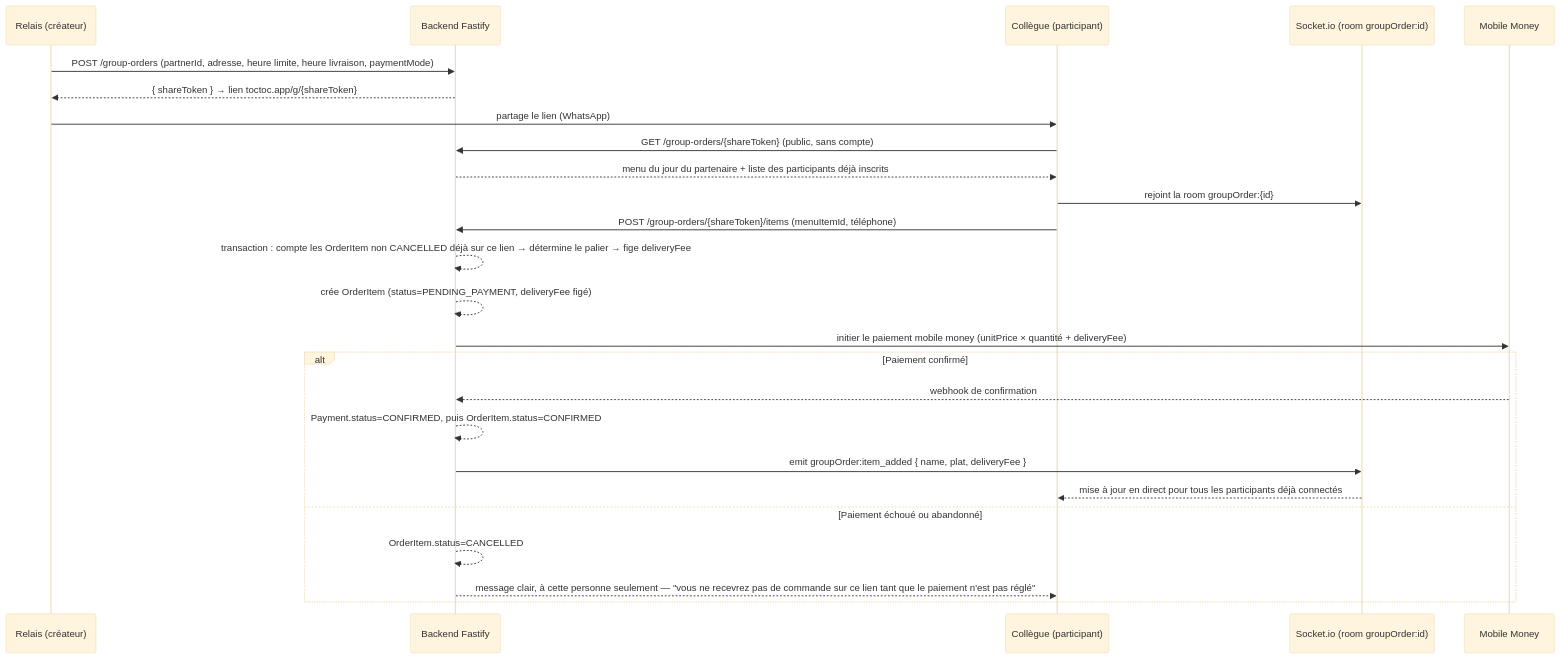
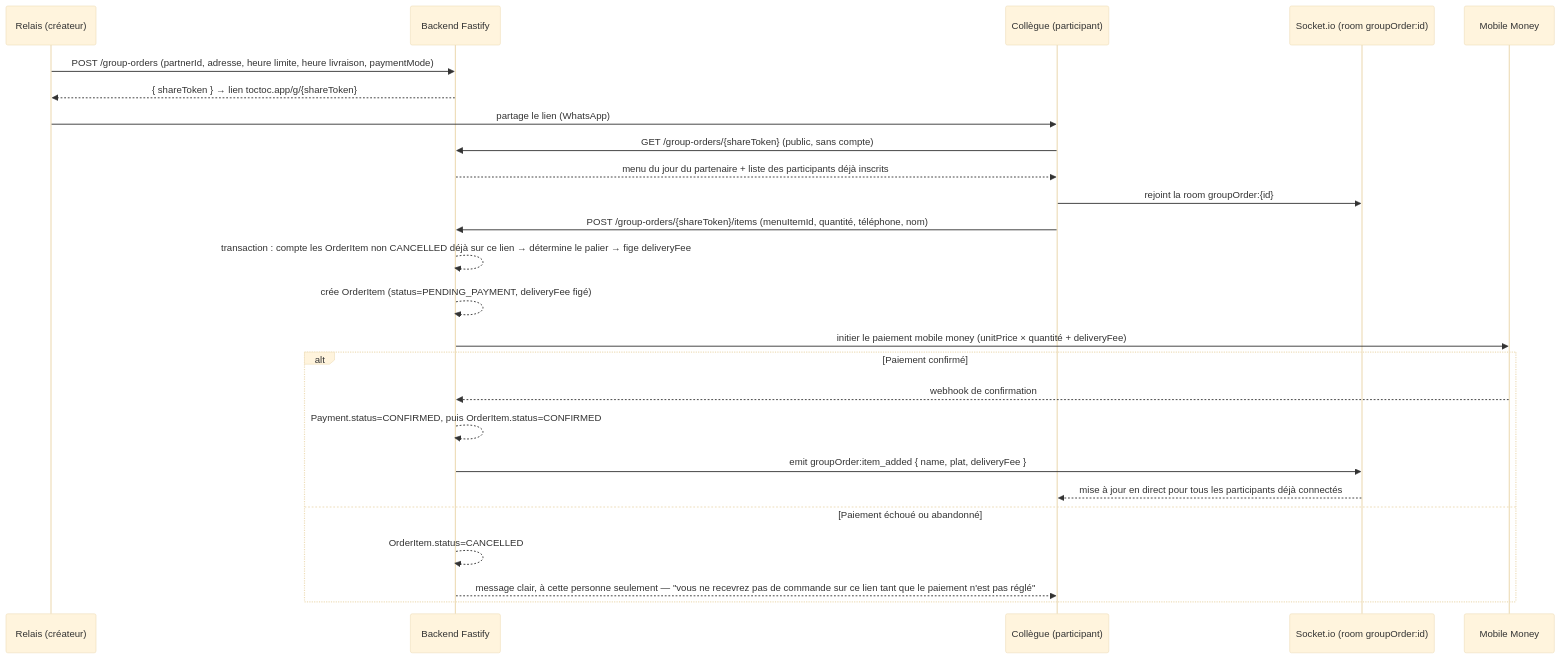
Before and after one commit to mtk14m/toctoc: the first of 5 diagrams in docs/09-workflows.md, drawn with Mermaid (base theme).

Commit message:
docs: le corps de la commande d'un participant (quantité, téléphone, nom)

````diff
--- a/docs/09-workflows.md
+++ b/docs/09-workflows.md
@@ -11,31 +11,31 @@
 ```mermaid
 sequenceDiagram
     participant Relais as Relais (créateur)
     participant API as Backend Fastify
     participant Collegue as Collègue (participant)
     participant WS as Socket.io (room groupOrder:id)
     participant MM as Mobile Money
 
     Relais->>API: POST /group-orders (partnerId, adresse, heure limite, heure livraison, paymentMode)
     API-->>Relais: { shareToken } → lien toctoc.app/g/{shareToken}
     Relais->>Collegue: partage le lien (WhatsApp)
 
     Collegue->>API: GET /group-orders/{shareToken} (public, sans compte)
     API-->>Collegue: menu du jour du partenaire + liste des participants déjà inscrits
     Collegue->>WS: rejoint la room groupOrder:{id}
 
-    Collegue->>API: POST /group-orders/{shareToken}/items (menuItemId, téléphone)
+    Collegue->>API: POST /group-orders/{shareToken}/items (menuItemId, quantité, téléphone, nom)
     API-->>API: transaction : compte les OrderItem non CANCELLED déjà sur ce lien → détermine le palier → fige deliveryFee
     API-->>API: crée OrderItem (status=PENDING_PAYMENT, deliveryFee figé)
     API->>MM: initier le paiement mobile money (unitPrice × quantité + deliveryFee)
 
     alt Paiement confirmé
         MM-->>API: webhook de confirmation
         API-->>API: Payment.status=CONFIRMED, puis OrderItem.status=CONFIRMED
         API->>WS: emit groupOrder:item_added { name, plat, deliveryFee }
         WS-->>Collegue: mise à jour en direct pour tous les participants déjà connectés
     else Paiement échoué ou abandonné
         API-->>API: OrderItem.status=CANCELLED
         API-->>Collegue: message clair, à cette personne seulement — "vous ne recevrez pas de commande sur ce lien tant que le paiement n'est pas réglé"
     end
 ```
````
